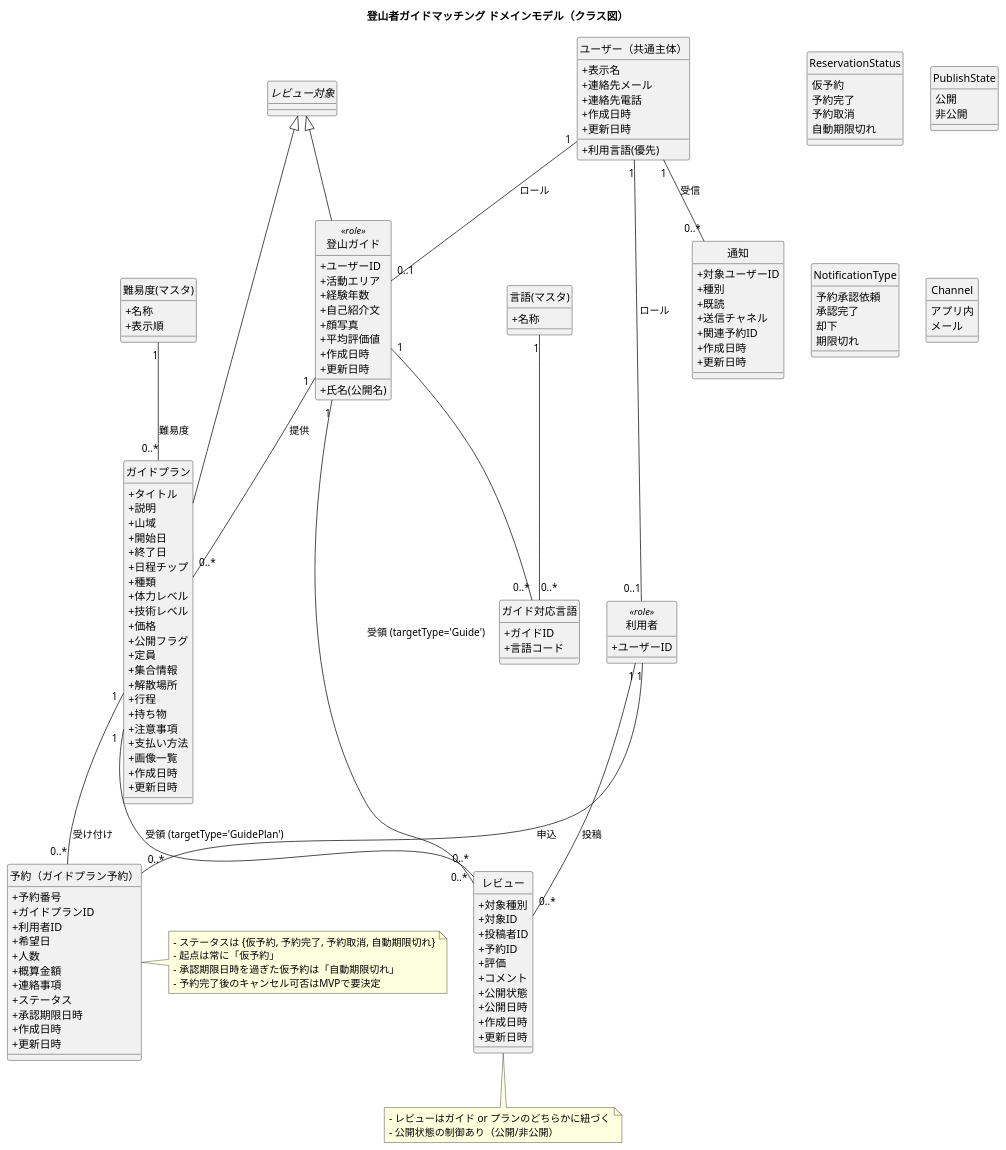
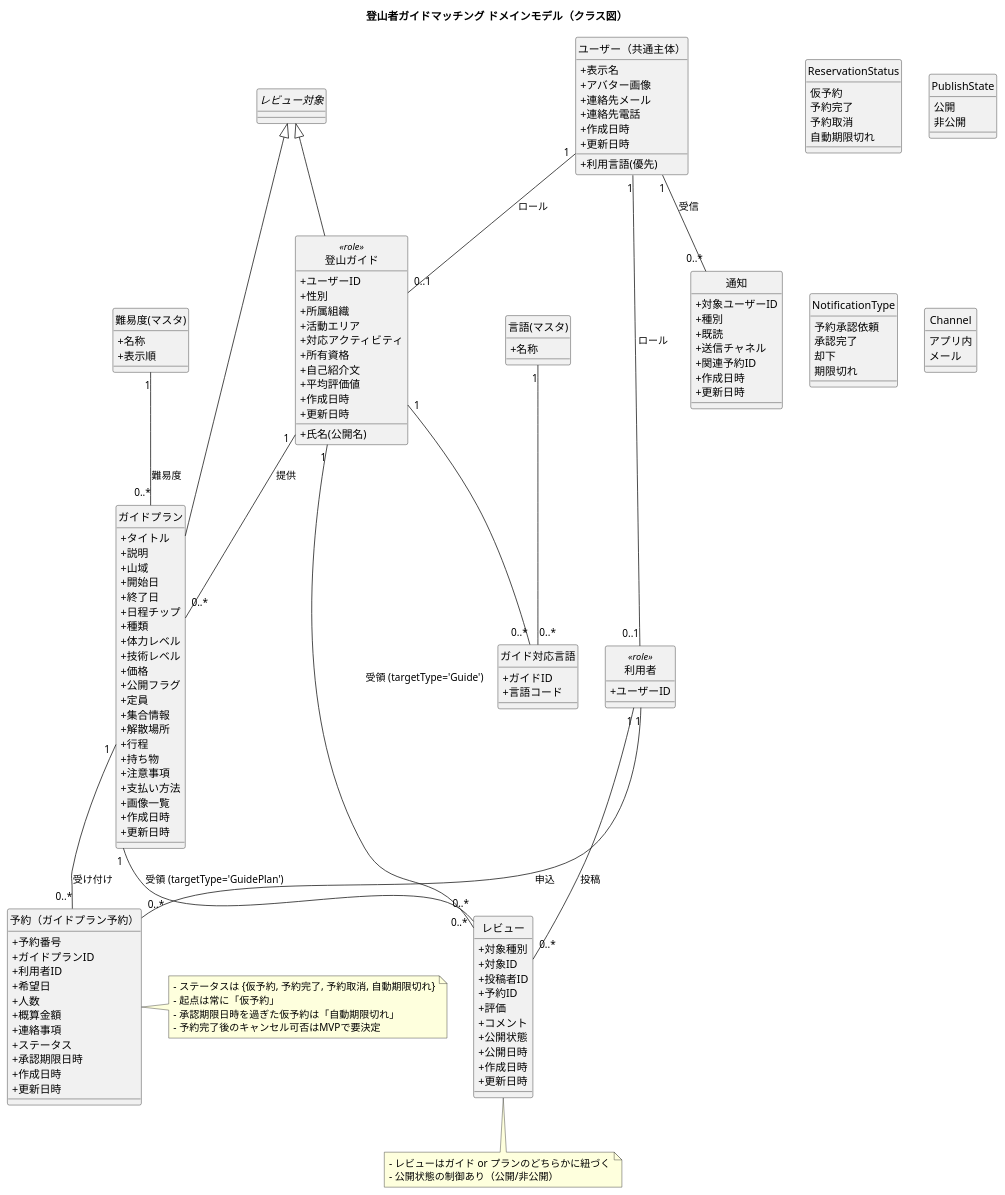
One commit to willcom1992/yama-guide-docs changed the diagram in class.pu. Above: the diagram before and after it, drawn with PlantUML.

Commit message:
:pencil: ガイドのドメインを更新

```diff
--- a/class.pu
+++ b/class.pu
@@ -1,172 +1,175 @@
 @startuml 登山者ガイドマッチングドメインモデル
 skinparam classAttributeIconSize 0
 hide circle
 title 登山者ガイドマッチング ドメインモデル（クラス図）
 
 ' ====== マスタ・列挙 ======
 enum ReservationStatus {
   仮予約
   予約完了
   予約取消
   自動期限切れ
 }
 
 enum PublishState {
   公開
   非公開
 }
 
 class "難易度(マスタ)" as Difficulty {
   +名称
   +表示順
 }
 
 class "言語(マスタ)" as Language {
   +名称
 }
 
 ' ====== 共通主体とロール ======
 class "ユーザー（共通主体）" as User {
   +表示名
+  +アバター画像
   +連絡先メール
   +利用言語(優先)
   +連絡先電話
   +作成日時
   +更新日時
 }
 
 class "利用者" as Customer <<role>> {
   +ユーザーID
 }
 
 class "登山ガイド" as Guide <<role>> {
   +ユーザーID
   +氏名(公開名)
+  +性別
+  +所属組織
   +活動エリア
-  +経験年数
+  +対応アクティビティ
+  +所有資格
   +自己紹介文
-  +顔写真
   +平均評価値
   +作成日時
   +更新日時
 }
 
 ' ガイド対応言語（多対多）
 class "ガイド対応言語" as GuideLanguage {
   +ガイドID
   +言語コード
 }
 
 ' ====== ガイドプラン ======
 class "ガイドプラン" as GuidePlan {
   +タイトル
   +説明
   +山域
   +開始日
   +終了日
   +日程チップ
   +種類
   +体力レベル
   +技術レベル
   +価格
   +公開フラグ
   +定員
   +集合情報
   +解散場所
   +行程
   +持ち物
   +注意事項
   +支払い方法
   +画像一覧
   +作成日時
   +更新日時
 }
 
 ' ====== 予約 ======
 class "予約（ガイドプラン予約）" as Reservation {
   +予約番号
   +ガイドプランID
   +利用者ID
   +希望日
   +人数
   +概算金額
   +連絡事項
   +ステータス
   +承認期限日時
   +作成日時
   +更新日時
 }
 
 ' ====== レビュー ======
 abstract class "レビュー対象" as ReviewTarget
 Guide -up-|> ReviewTarget
 GuidePlan -up-|> ReviewTarget
 
 class "レビュー" as Review {
   +対象種別
   +対象ID
   +投稿者ID
   +予約ID
   +評価
   +コメント
   +公開状態
   +公開日時
   +作成日時
   +更新日時
 }
 
 ' ====== 通知 ======
 enum NotificationType {
   予約承認依頼
   承認完了
   却下
   期限切れ
 }
 
 enum Channel {
   アプリ内
   メール
 }
 
 class "通知" as Notification {
   +対象ユーザーID
   +種別
   +既読
   +送信チャネル
   +関連予約ID
   +作成日時
   +更新日時
 }
 
 ' ====== 関係（リレーション） ======
 User "1" -- "0..1" Customer : ロール
 User "1" -- "0..1" Guide : ロール
 
 Guide "1" -- "0..*" GuidePlan : 提供
 GuidePlan "1" -- "0..*" Reservation : 受け付け
 Customer "1" -- "0..*" Reservation : 申込
 
 Guide "1" -- "0..*" Review : 受領 (targetType='Guide')
 GuidePlan "1" -- "0..*" Review : 受領 (targetType='GuidePlan')
 Customer "1" -- "0..*" Review : 投稿
 
 User "1" -- "0..*" Notification : 受信
 
 Language "1" -- "0..*" GuideLanguage
 Guide "1" -- "0..*" GuideLanguage
 
 Difficulty "1" -- "0..*" GuidePlan : 難易度
 
 ' ====== 重要ビジネスルール（メモ） ======
 note right of Reservation
 - ステータスは {仮予約, 予約完了, 予約取消, 自動期限切れ}
 - 起点は常に「仮予約」
 - 承認期限日時を過ぎた仮予約は「自動期限切れ」
 - 予約完了後のキャンセル可否はMVPで要決定
 end note
 
 note bottom of Review
 - レビューはガイド or プランのどちらかに紐づく
 - 公開状態の制御あり（公開/非公開）
 end note
 @enduml
```
